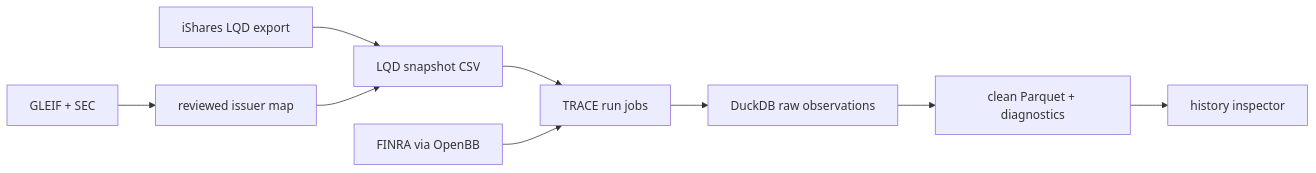
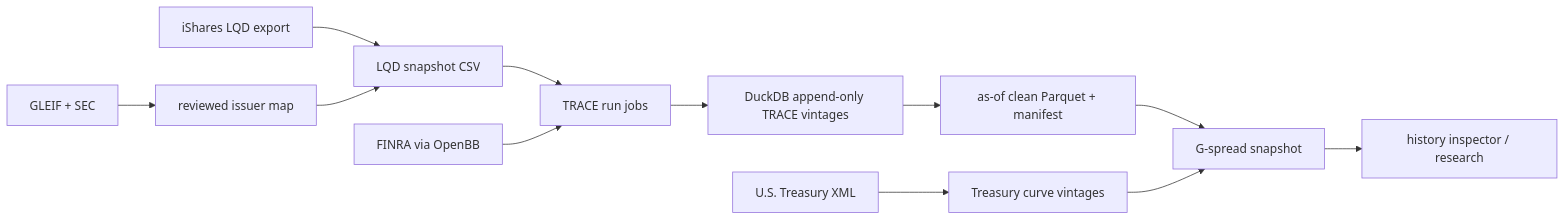
The diagram in docs/architecture.md (jmfreeland/Parallax), drawn with Mermaid before and after one commit. The commit also changed other lines of this file and 16 other files, not shown here.

````diff
--- a/docs/architecture.md
+++ b/docs/architecture.md
@@ -5,11 +5,14 @@
 ```mermaid
 flowchart LR
   H["iShares LQD export"] --> S["LQD snapshot CSV"]
   G["GLEIF + SEC"] --> M["reviewed issuer map"]
   M --> S
   S --> R["TRACE run jobs"]
   F["FINRA via OpenBB"] --> R
-  R --> D["DuckDB raw observations"]
-  D --> P["clean Parquet + diagnostics"]
-  P --> I["history inspector"]
+  R --> D["DuckDB append-only TRACE vintages"]
+  T["U.S. Treasury XML"] --> C["Treasury curve vintages"]
+  D --> P["as-of clean Parquet + manifest"]
+  P --> X["G-spread snapshot"]
+  C --> X
+  X --> I["history inspector / research"]
 ```
````
